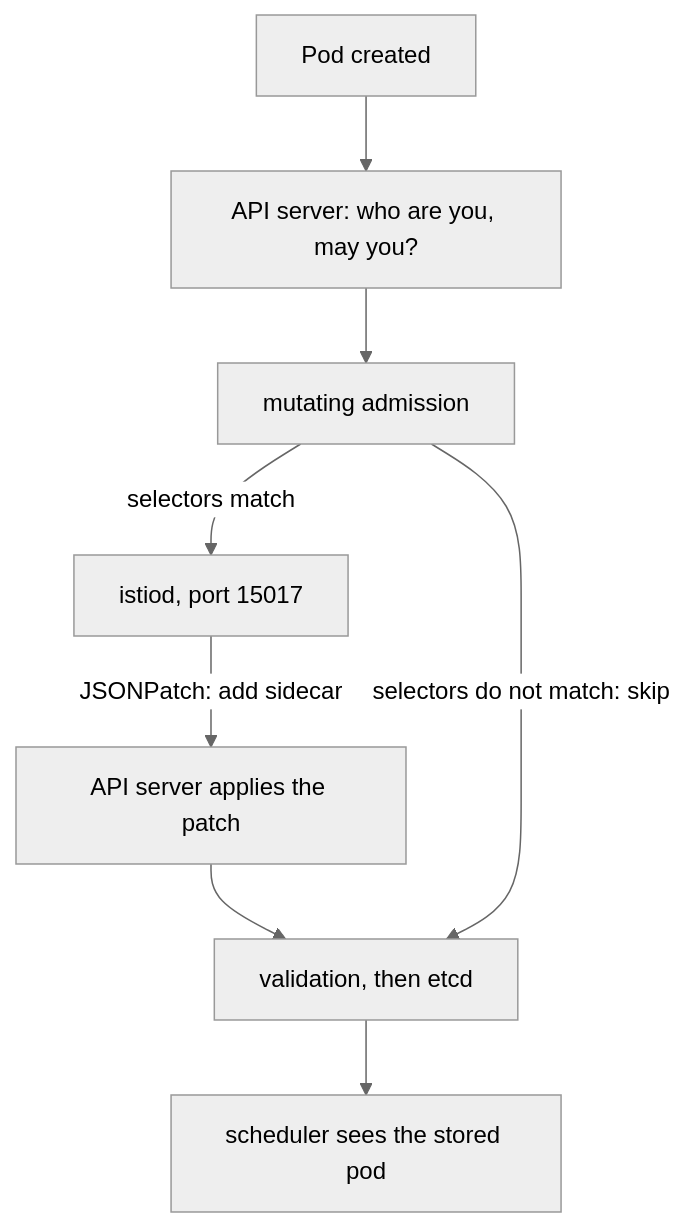
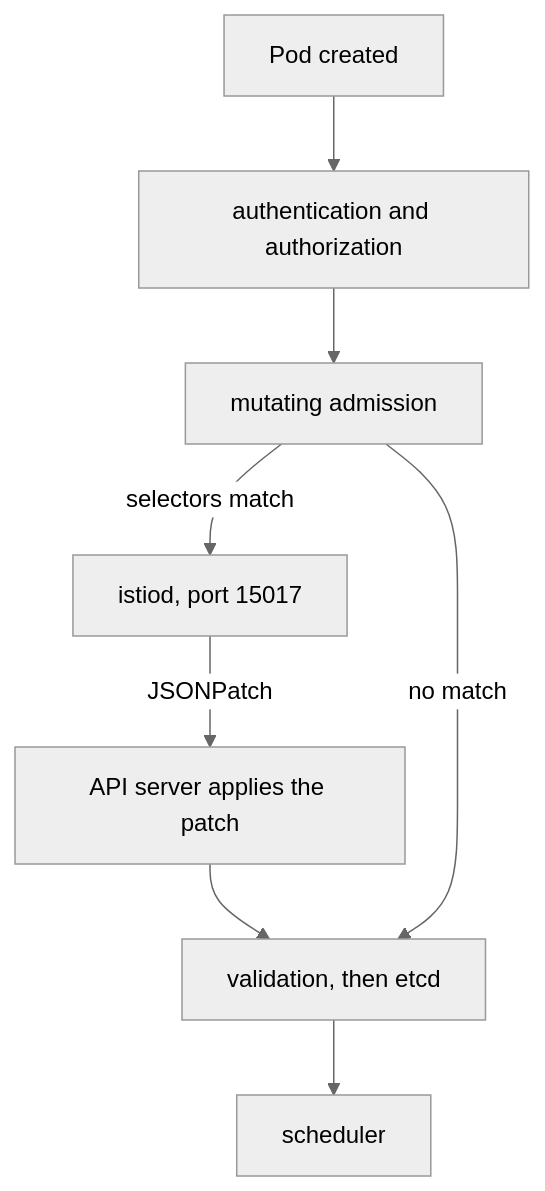
One commit to astrona-io/ATS016 changed the diagram in sections/section-030/module-03/course-01-the-injection-webhook.md. Above: the diagram before and after it, drawn with Mermaid (neutral theme). The commit also changed other lines of this file and 38 other files, not shown here.

````diff
--- a/sections/section-030/module-03/course-01-the-injection-webhook.md
+++ b/sections/section-030/module-03/course-01-the-injection-webhook.md
@@ -9,10 +9,10 @@
 ```mermaid
 flowchart TB
-    C["Pod created"] --> A["API server: who are you, may you?"]
+    C["Pod created"] --> A["authentication and authorization"]
     A --> M["mutating admission"]
     M -->|"selectors match"| I["istiod, port 15017"]
-    I -->|"JSONPatch: add sidecar"| P["API server applies the patch"]
+    I -->|"JSONPatch"| P["API server applies the patch"]
     P --> V["validation, then etcd"]
-    M -->|"selectors do not match: skip"| V
-    V --> S["scheduler sees the stored pod"]
+    M -->|"no match"| V
+    V --> S["scheduler"]
 ```
````
